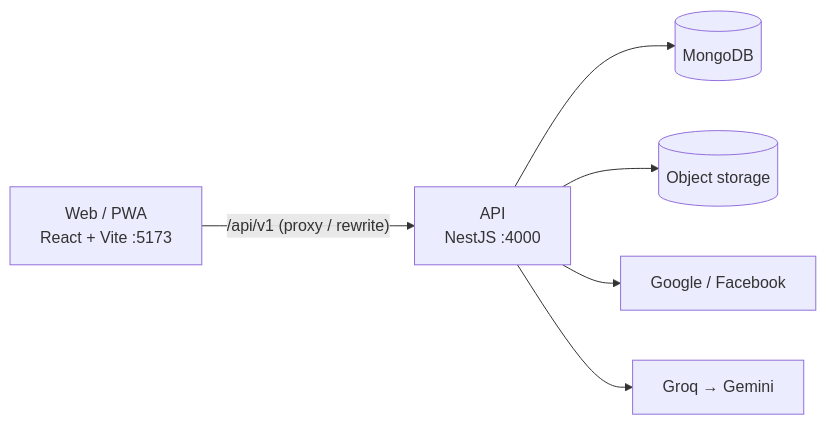
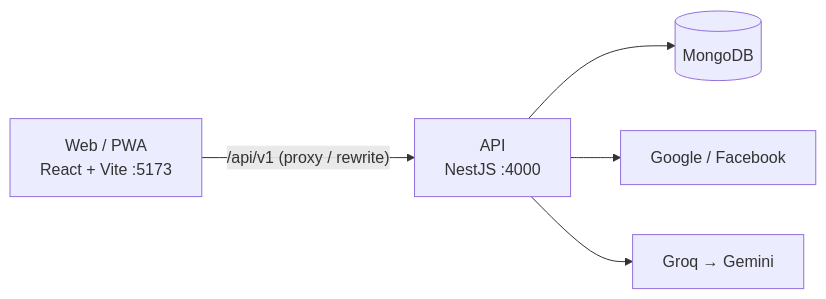
The diagram in README.md (DucDMinh/PalmSight), drawn with Mermaid before and after one commit. The commit also changed other lines of this file and 14 other files, not shown here.

````diff
--- a/README.md
+++ b/README.md
@@ -35,8 +35,7 @@
 ```mermaid
 flowchart LR
     web["Web / PWA<br/>React + Vite :5173"] -->|"/api/v1 (proxy / rewrite)"| api["API<br/>NestJS :4000"]
     api --> mongo[(MongoDB)]
-    api --> s3[(Object storage)]
     api --> oauth["Google / Facebook"]
     api --> ai["Groq → Gemini"]
 ```
````
